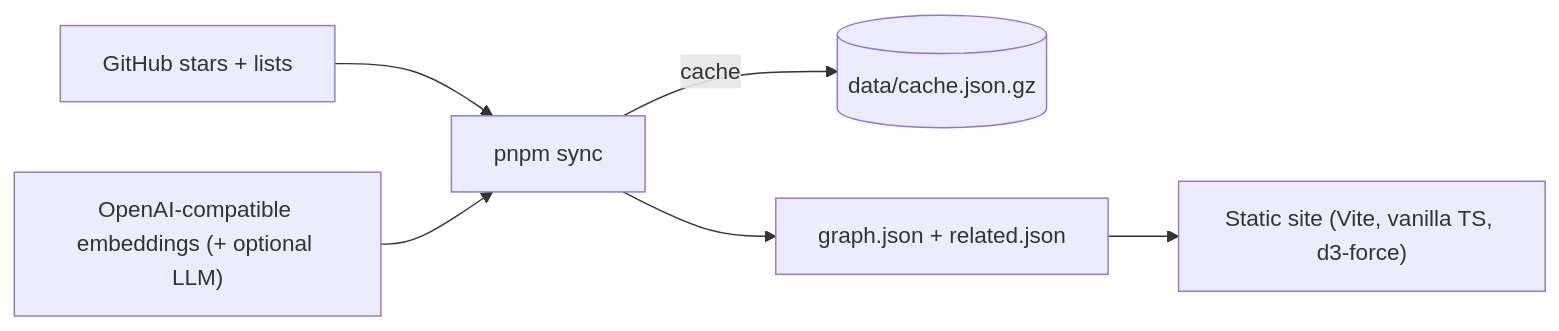
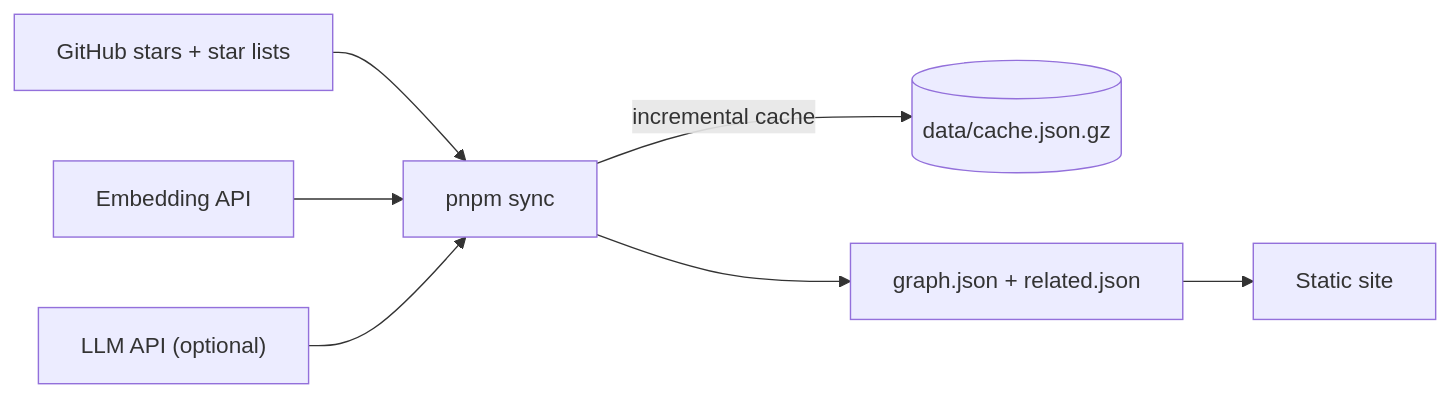
The diagram in README.md (Tendo33/MyNebula), drawn with Mermaid before and after one commit. The commit also changed other lines of this file and 6 other files, not shown here.

````diff
--- a/README.md
+++ b/README.md
@@ -59,8 +41,9 @@
 ```mermaid
 flowchart LR
-    GH["GitHub stars + lists"] --> P["pnpm sync"]
-    AI["OpenAI-compatible embeddings (+ optional LLM)"] --> P
-    P -->|cache| C[("data/cache.json.gz")]
-    P --> J["graph.json + related.json"]
-    J --> W["Static site (Vite, vanilla TS, d3-force)"]
+    GH["GitHub stars + star lists"] --> S["pnpm sync"]
+    E["Embedding API"] --> S
+    L["LLM API (optional)"] --> S
+    S -->|incremental cache| C[("data/cache.json.gz")]
+    S --> J["graph.json + related.json"]
+    J --> W["Static site"]
 ```
````
